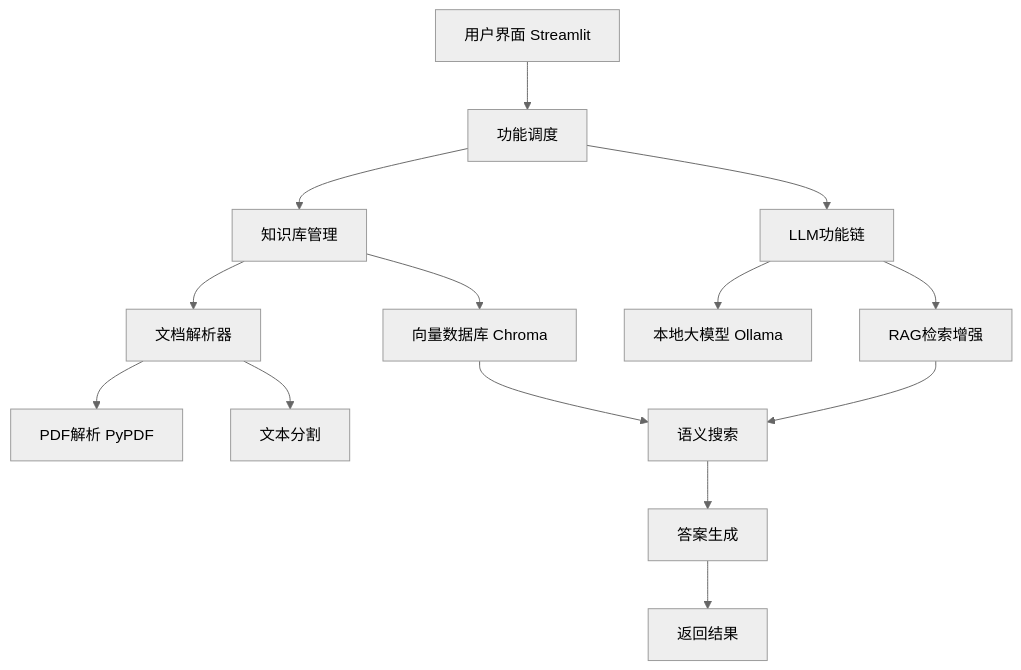
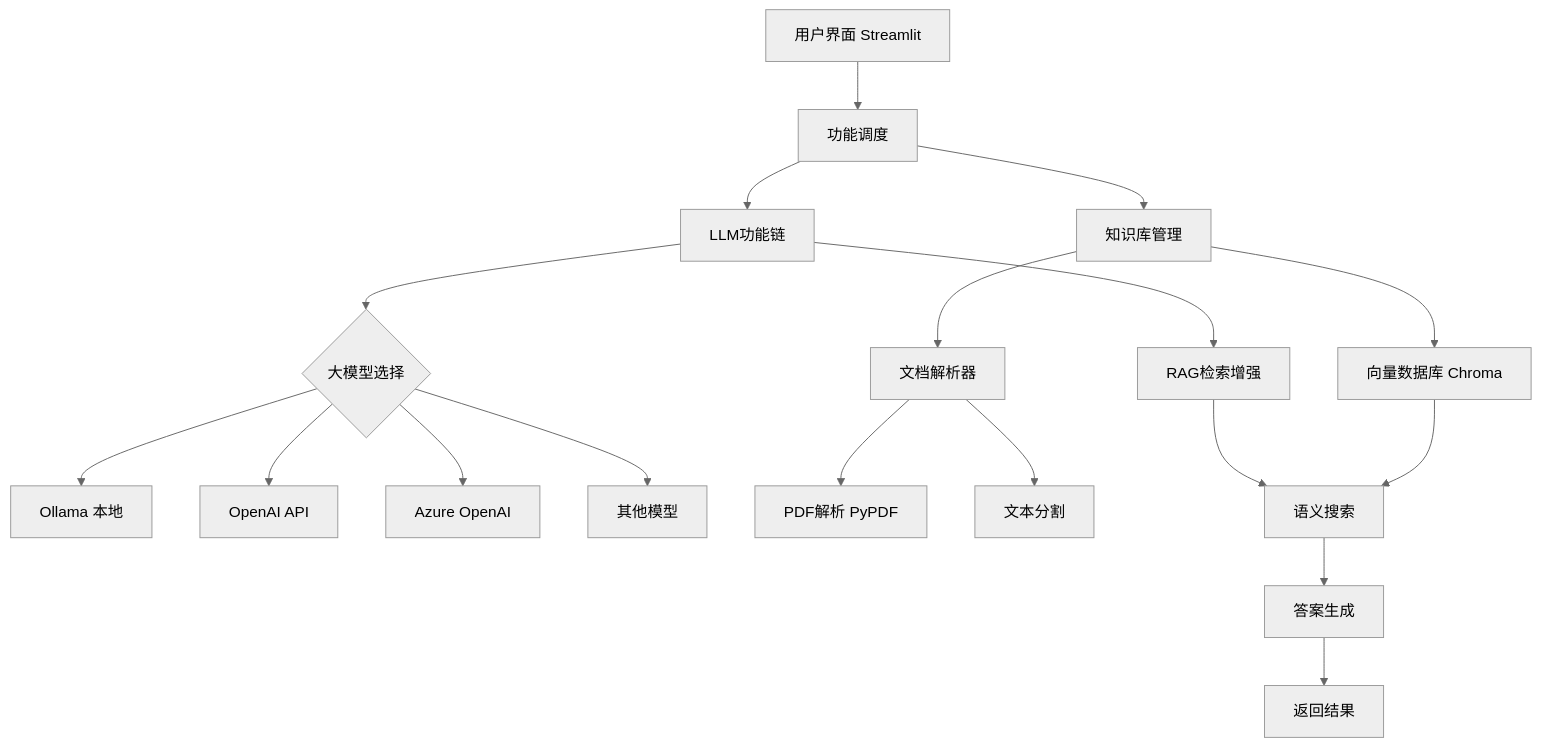
The diagram in README.md (alveynsun/ai-research-assistant), drawn with Mermaid (neutral theme) before and after one commit. The commit also changed other lines of this file, not shown here.

````diff
--- a/README.md
+++ b/README.md
@@ -145,21 +184,25 @@
 ```mermaid
 graph TD
     A[用户界面 Streamlit] --> B[功能调度]
     B --> C[知识库管理]
     B --> D[LLM功能链]
     
     C --> E[向量数据库 Chroma]
     C --> F[文档解析器]
     
-    D --> G[本地大模型 Ollama]
+    D --> G{大模型选择}
+    G --> G1[Ollama 本地]
+    G --> G2[OpenAI API]
+    G --> G3[Azure OpenAI]
+    G --> G4[其他模型]
     D --> H[RAG检索增强]
     
     F --> I[PDF解析 PyPDF]
     F --> J[文本分割]
     
     E --> K[语义搜索]
     H --> K
     
     K --> L[答案生成]
     L --> M[返回结果]
 ```
````
